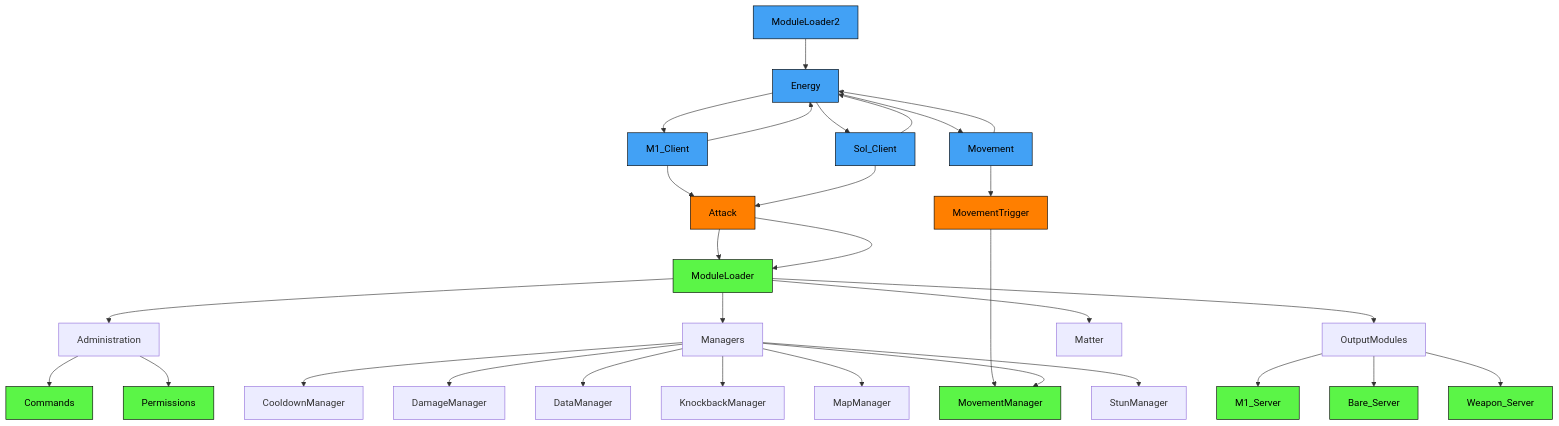
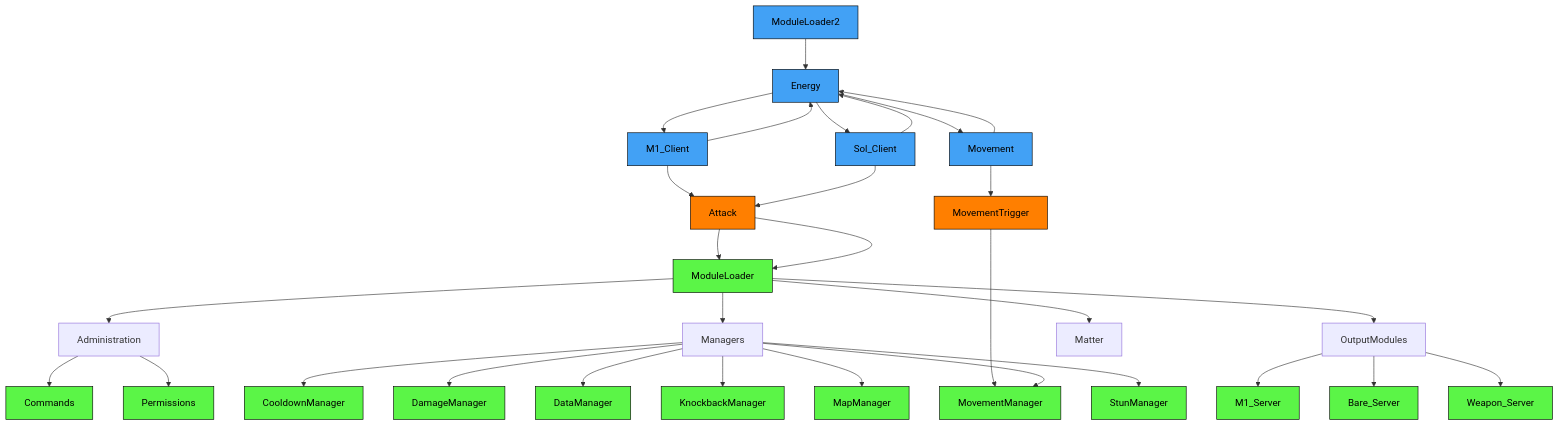
Before and after one commit to altair5607249/Crusaders-Game: the diagram in README.md, drawn with Mermaid.

````diff
--- a/README.md
+++ b/README.md
@@ -21,35 +21,35 @@
 ```mermaid
 graph TD;
 
   classDef serverNode fill:#5bf547,stroke:#000000,color:#000000
   classDef clientNode fill:#42a1f5,stroke:#000000,color:#000000
   classDef remoteEvent fill:#FF7F00,stroke:#000000,color:#000000
 
   ModuleLoader2-->Energy;
   Energy-->M1_Client-->Energy;
   Energy-->Sol_Client-->Energy;
   Energy-->Movement-->Energy;
   M1_Client-->Attack-->ModuleLoader;
   Sol_Client-->Attack-->ModuleLoader;
   Movement-->MovementTrigger-->MovementManager;
   ModuleLoader-->Administration;
   ModuleLoader-->Managers;
   ModuleLoader-->OutputModules;
   ModuleLoader-->Matter;
   OutputModules-->M1_Server;
   OutputModules-->Bare_Server;
   OutputModules-->Weapon_Server;
   Administration-->Commands;
   Administration-->Permissions;
   Managers-->CooldownManager;
   Managers-->DamageManager;
   Managers-->DataManager;
   Managers-->KnockbackManager;
   Managers-->MapManager;
   Managers-->MovementManager;
   Managers-->StunManager;
 
-  class ModuleLoader,M1_Server,Bare_Server,Weapon_Server,MovementManager,Commands,Permissions serverNode;
+  class ModuleLoader,M1_Server,Bare_Server,Weapon_Server,MovementManager,Commands,Permissions,CooldownManager,DamageManager,DataManager,KnockbackManager,MapManager,MovementManager,StunManager serverNode;
   class ModuleLoader2,Energy,M1_Client,Sol_Client,Movement clientNode;
   class Attack,MovementTrigger remoteEvent;
 ```  
````
